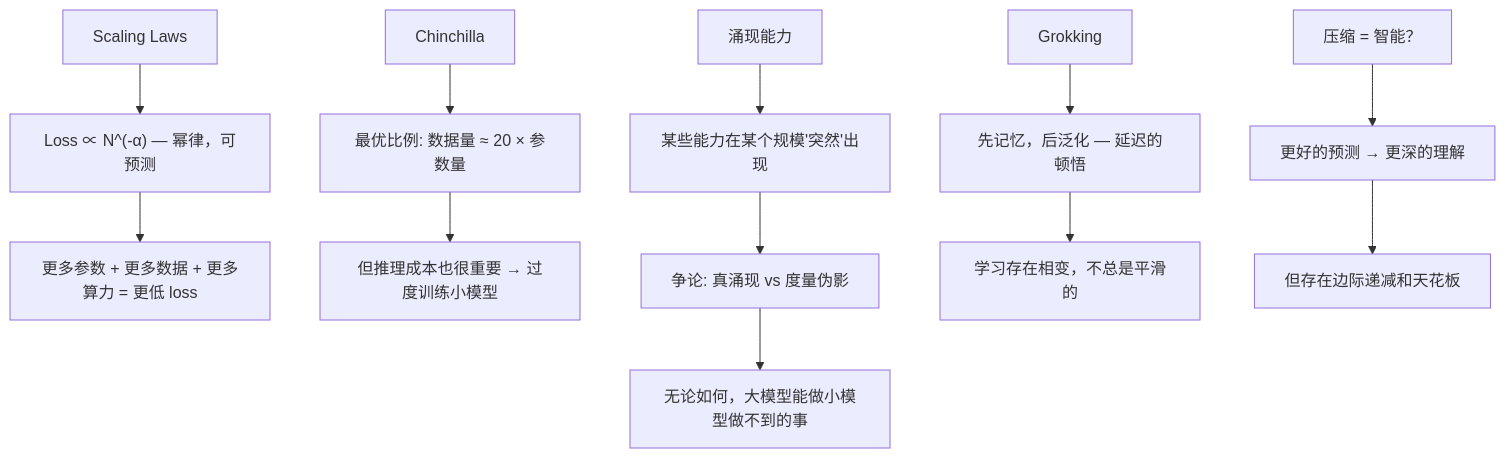
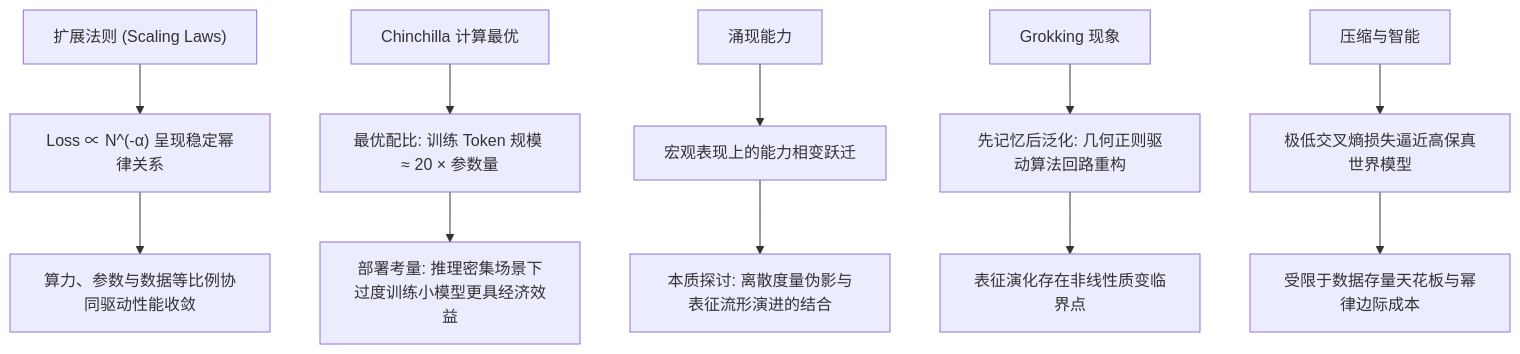
Before and after one commit to yingwang/thinking-in-llm: the fourth of 4 diagrams in chapters/03-scaling.md, drawn with Mermaid. The commit also changed other lines of this file and 31 other files, not shown here.

````diff
--- a/chapters/03-scaling.md
+++ b/chapters/03-scaling.md
@@ -410,18 +397,17 @@
 ```mermaid
 graph TB
-    A["Scaling Laws"] --> B["Loss ∝ N^(-α) — 幂律，可预测"]
-    B --> C["更多参数 + 更多数据 + 更多算力 = 更低 loss"]
+    A["扩展法则 (Scaling Laws)"] --> B["Loss ∝ N^(-α) 呈现稳定幂律关系"]
+    B --> C["算力、参数与数据等比例协同驱动性能收敛"]
     
-    D["Chinchilla"] --> E["最优比例: 数据量 ≈ 20 × 参数量"]
-    E --> F["但推理成本也很重要 → 过度训练小模型"]
+    D["Chinchilla 计算最优"] --> E["最优配比: 训练 Token 规模 ≈ 20 × 参数量"]
+    E --> F["部署考量: 推理密集场景下过度训练小模型更具经济效益"]
     
-    G["涌现能力"] --> H["某些能力在某个规模'突然'出现"]
-    H --> I["争论: 真涌现 vs 度量伪影"]
-    I --> J["无论如何，大模型能做小模型做不到的事"]
+    G["涌现能力"] --> H["宏观表现上的能力相变跃迁"]
+    H --> I["本质探讨: 离散度量伪影与表征流形演进的结合"]
     
-    K["Grokking"] --> L["先记忆，后泛化 — 延迟的顿悟"]
-    L --> M["学习存在相变，不总是平滑的"]
+    K["Grokking 现象"] --> L["先记忆后泛化: 几何正则驱动算法回路重构"]
+    L --> M["表征演化存在非线性质变临界点"]
     
-    N["压缩 = 智能？"] --> O["更好的预测 → 更深的理解"]
-    O --> P["但存在边际递减和天花板"]
+    N["压缩与智能"] --> O["极低交叉熵损失逼近高保真世界模型"]
+    O --> P["受限于数据存量天花板与幂律边际成本"]
 ```
````
